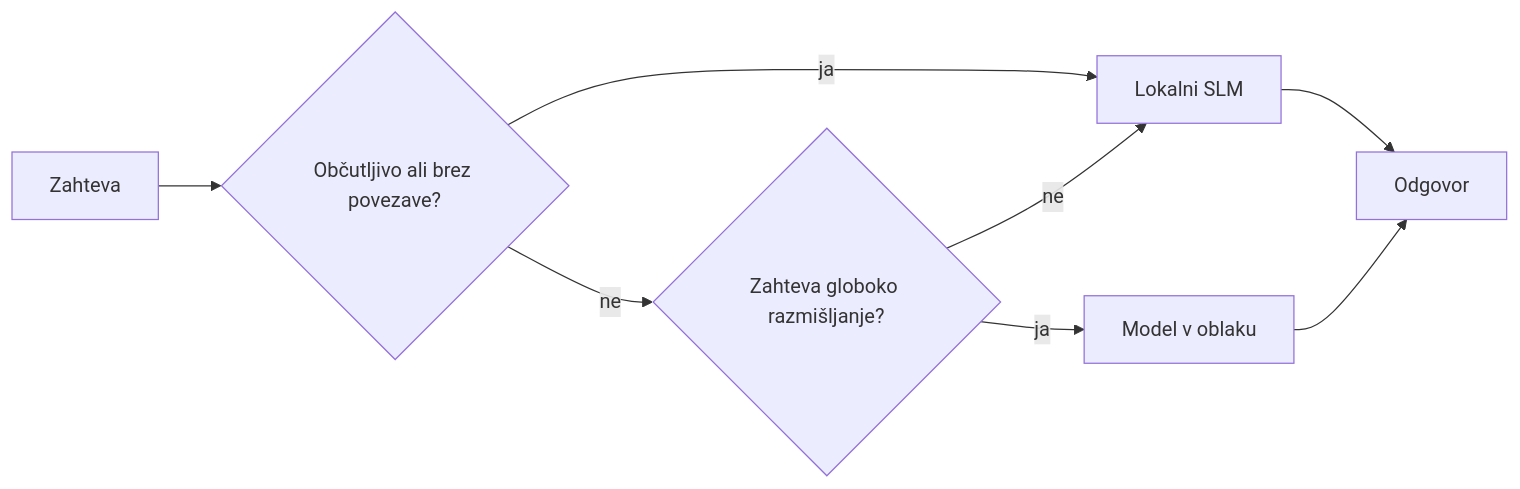
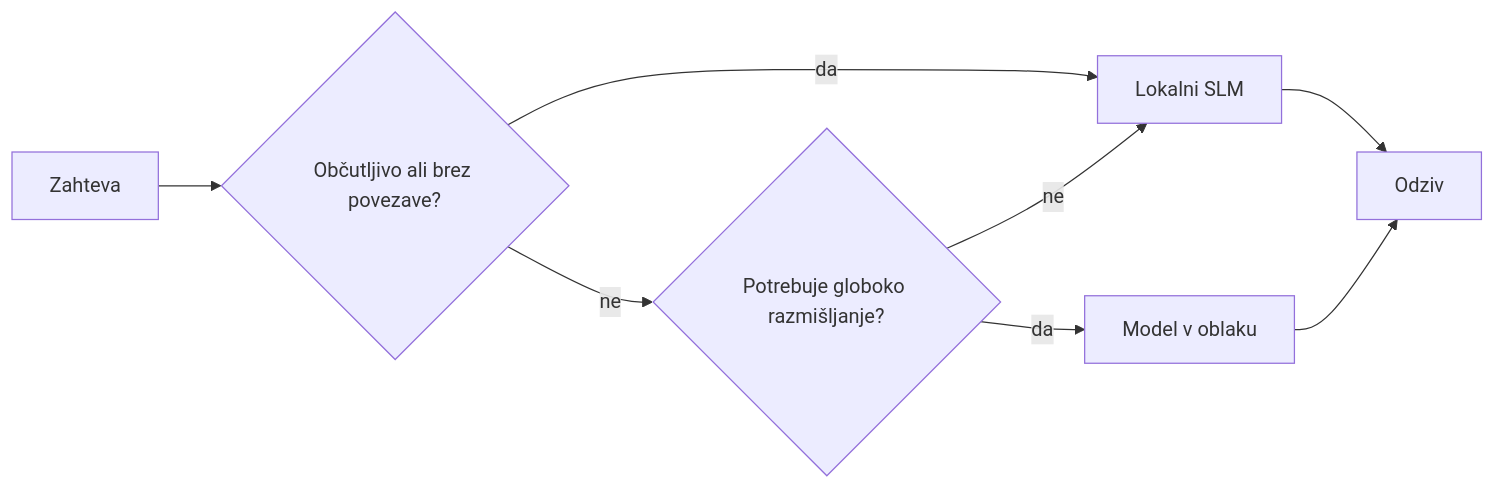
The fourth of 4 diagrams in mirrors/repos/microsoft@ai-agents-for-beginners/translations/sl/17-creating-local-ai-agents/README.md (gabrielmoreira/agent-skills-mirror), drawn with Mermaid before and after one commit. The commit also changed other lines of this file and 4262 other files, not shown here.

````diff
--- a/mirrors/repos/microsoft@ai-agents-for-beginners/translations/sl/17-creating-local-ai-agents/README.md
+++ b/mirrors/repos/microsoft@ai-agents-for-beginners/translations/sl/17-creating-local-ai-agents/README.md
@@ -156,10 +156,10 @@
 ```mermaid
 flowchart LR
     Q[Zahteva] --> S{Občutljivo ali brez povezave?}
-    S -->|ja| L[Lokalni SLM]
-    S -->|ne| C{Zahteva globoko razmišljanje?}
+    S -->|da| L[Lokalni SLM]
+    S -->|ne| C{Potrebuje globoko razmišljanje?}
     C -->|ne| L
-    C -->|ja| Cloud[Model v oblaku]
-    L --> Out[Odgovor]
+    C -->|da| Cloud[Model v oblaku]
+    L --> Out[Odziv]
     Cloud --> Out
 ```
````
